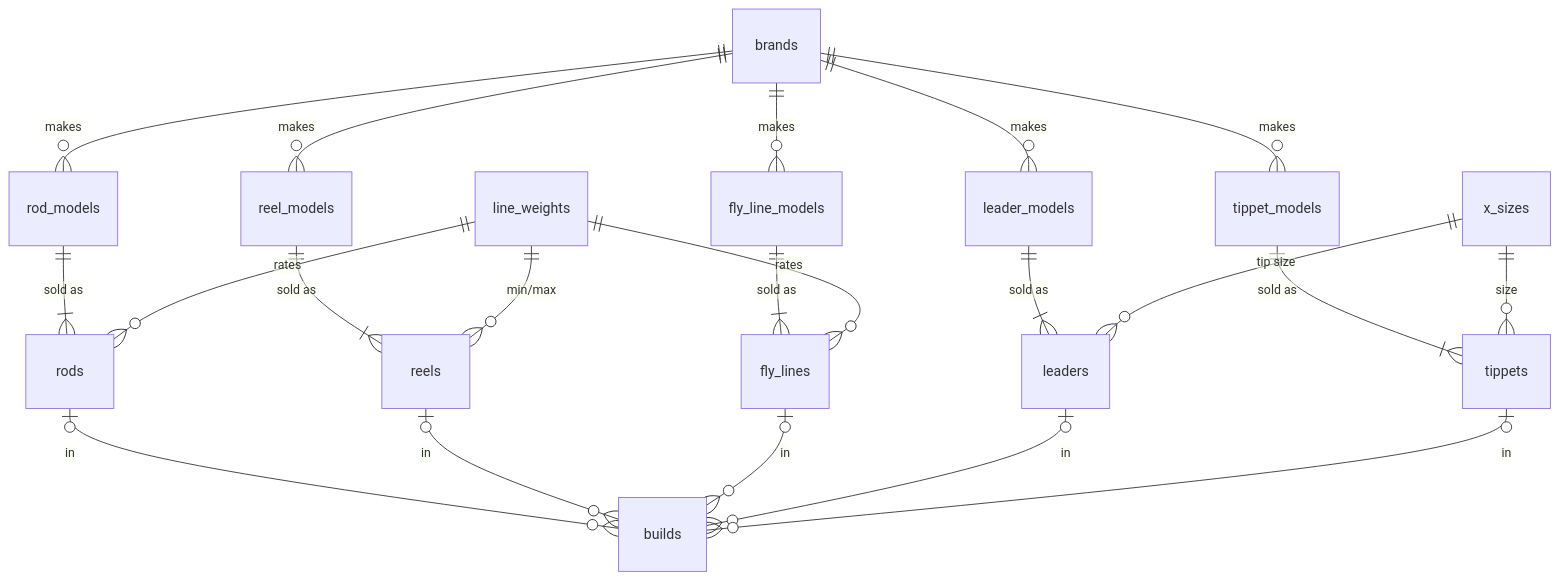
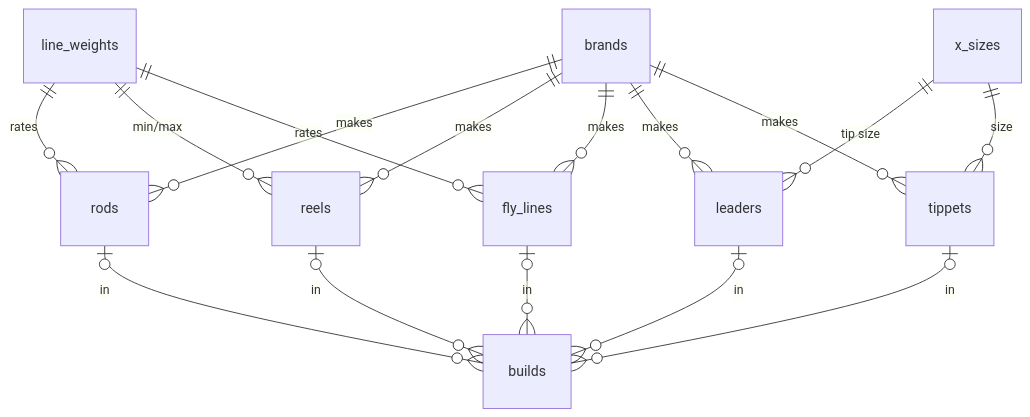
The diagram in docs/database/schema-design.md (Alchabom/RodPartPicker), drawn with Mermaid before and after one commit. The commit also changed other lines of this file and 9 other files, not shown here.

````diff
--- a/docs/database/schema-design.md
+++ b/docs/database/schema-design.md
@@ -86,23 +87,18 @@
 ```mermaid
 erDiagram
-  brands ||--o{ rod_models : makes
-  brands ||--o{ reel_models : makes
-  brands ||--o{ fly_line_models : makes
-  brands ||--o{ leader_models : makes
-  brands ||--o{ tippet_models : makes
-  rod_models ||--|{ rods : "sold as"
-  reel_models ||--|{ reels : "sold as"
-  fly_line_models ||--|{ fly_lines : "sold as"
-  leader_models ||--|{ leaders : "sold as"
-  tippet_models ||--|{ tippets : "sold as"
+  brands ||--o{ rods : makes
+  brands ||--o{ reels : makes
+  brands ||--o{ fly_lines : makes
+  brands ||--o{ leaders : makes
+  brands ||--o{ tippets : makes
   line_weights ||--o{ rods : rates
   line_weights ||--o{ reels : "min/max"
   line_weights ||--o{ fly_lines : rates
   x_sizes ||--o{ leaders : "tip size"
   x_sizes ||--o{ tippets : size
   rods |o--o{ builds : in
   reels |o--o{ builds : in
   fly_lines |o--o{ builds : in
   leaders |o--o{ builds : in
   tippets |o--o{ builds : in
 ```
````
